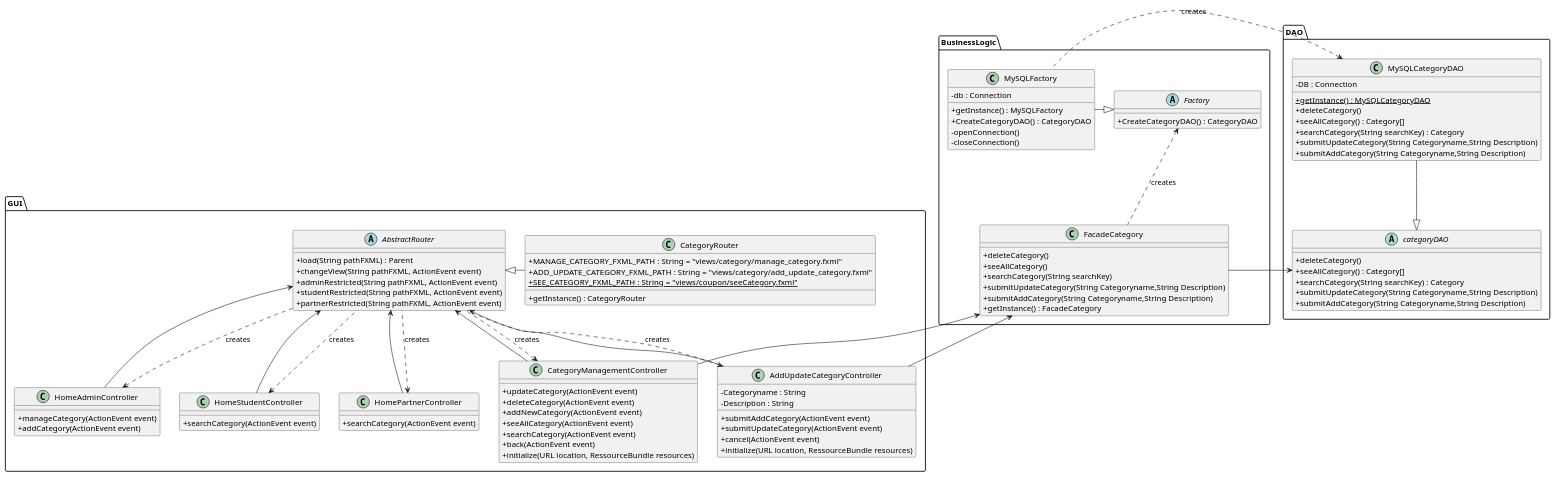
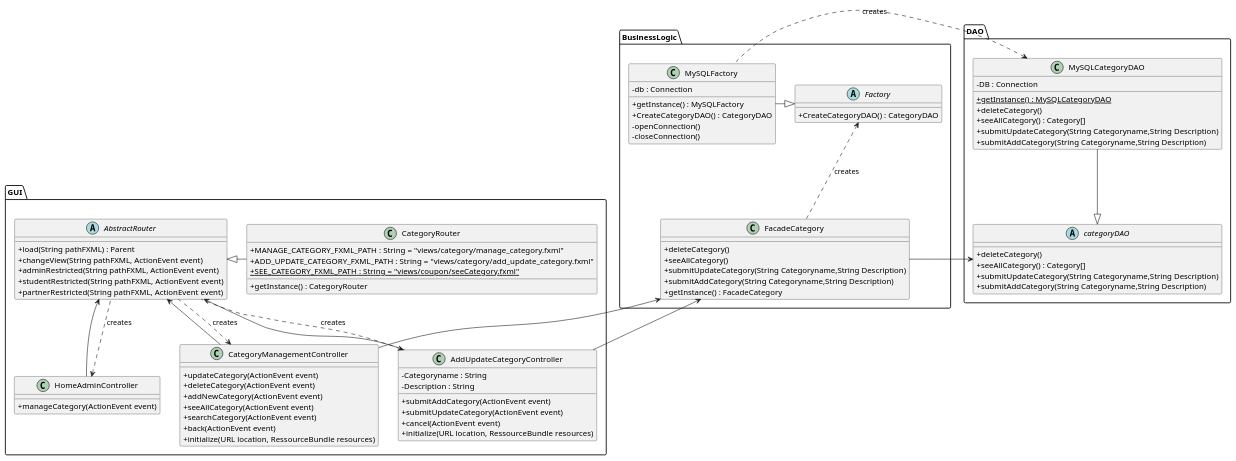
One commit to guiguie34/StudEasy changed the diagram in project_diagrams/classDiagrams/categoryManagement.puml. Above: the diagram before and after it, drawn with PlantUML. The commit also changed 5 other files, not shown here.

Commit message:
fix all class Diagrams

```diff
--- a/project_diagrams/classDiagrams/categoryManagement.puml
+++ b/project_diagrams/classDiagrams/categoryManagement.puml
@@ -1,133 +1,120 @@
 @startuml
 skinparam classAttributeIconSize 0
 
 package GUI{
     abstract class AbstractRouter{
         + load(String pathFXML) : Parent
         + changeView(String pathFXML, ActionEvent event)
         + adminRestricted(String pathFXML, ActionEvent event)
         + studentRestricted(String pathFXML, ActionEvent event)
         + partnerRestricted(String pathFXML, ActionEvent event)
     }
 
     class CategoryRouter{
          + MANAGE_CATEGORY_FXML_PATH : String = "views/category/manage_category.fxml"
          + ADD_UPDATE_CATEGORY_FXML_PATH : String = "views/category/add_update_category.fxml"
          + {static} SEE_CATEGORY_FXML_PATH : String = "views/coupon/seeCategory.fxml"
          + getInstance() : CategoryRouter
     }
     class HomeAdminController{
             + manageCategory(ActionEvent event)
-            + addCategory(ActionEvent event)
+
     }
 
-     class HomeStudentController{
-            + searchCategory(ActionEvent event)
-     }
 
-     class HomePartnerController{
-             + searchCategory(ActionEvent event)
-     }
 
     class CategoryManagementController{
             + updateCategory(ActionEvent event)
             + deleteCategory(ActionEvent event)
             + addNewCategory(ActionEvent event)
             + seeAllCategory(ActionEvent event)
             + searchCategory(ActionEvent event)
             + back(ActionEvent event)
             + initialize(URL location, RessourceBundle resources)
 
     }
     class AddUpdateCategoryController{
             - Categoryname : String
             - Description : String
 
             + submitAddCategory(ActionEvent event)
             + submitUpdateCategory(ActionEvent event)
             + cancel(ActionEvent event)
             + initialize(URL location, RessourceBundle resources)
         }
 
 
 
     AbstractRouter <|-right- CategoryRouter
     AbstractRouter <-- HomeAdminController
-    AbstractRouter <-- HomePartnerController
-    AbstractRouter <-- HomeStudentController
     AbstractRouter <-- CategoryManagementController
     AbstractRouter <-- AddUpdateCategoryController
 
 
     CategoryManagementController <.. AbstractRouter : creates
-    HomePartnerController <.. AbstractRouter : creates
-    HomeStudentController <.. AbstractRouter : creates
     HomeAdminController <.. AbstractRouter : creates
     AddUpdateCategoryController <.. AbstractRouter : creates
 
 
 
 
 }
 package BusinessLogic{
     class FacadeCategory{
         + deleteCategory()
         + seeAllCategory()
-        + searchCategory(String searchKey)
         + submitUpdateCategory(String Categoryname,String Description)
         + submitAddCategory(String Categoryname,String Description)
         + getInstance() : FacadeCategory
     }
 
     abstract class Factory{
         + CreateCategoryDAO() : CategoryDAO
     }
     class MySQLFactory{
         - db : Connection
         + getInstance() : MySQLFactory
         + CreateCategoryDAO() : CategoryDAO
         - openConnection()
         - closeConnection()
     }
 
 
     Factory <.. FacadeCategory : creates
     Factory <|-left- MySQLFactory
 
     FacadeCategory <-- CategoryManagementController
     FacadeCategory <-- AddUpdateCategoryController
 
 
 
 }
 
 package DAO{
 
     abstract class categoryDAO{
         + deleteCategory()
         + seeAllCategory() : Category[]
-        + searchCategory(String searchKey) : Category
         + submitUpdateCategory(String Categoryname,String Description)
         + submitAddCategory(String Categoryname,String Description)
     }
 
     class MySQLCategoryDAO{
         - DB : Connection
         + {static} getInstance() : MySQLCategoryDAO
         + deleteCategory()
         + seeAllCategory() : Category[]
-        + searchCategory(String searchKey) : Category
         + submitUpdateCategory(String Categoryname,String Description)
         + submitAddCategory(String Categoryname,String Description)
 
     }
 
     MySQLCategoryDAO --|> categoryDAO
     MySQLCategoryDAO <.right. MySQLFactory : creates
 
     categoryDAO <-right- FacadeCategory
 }
 
 
 
 @enduml
```
